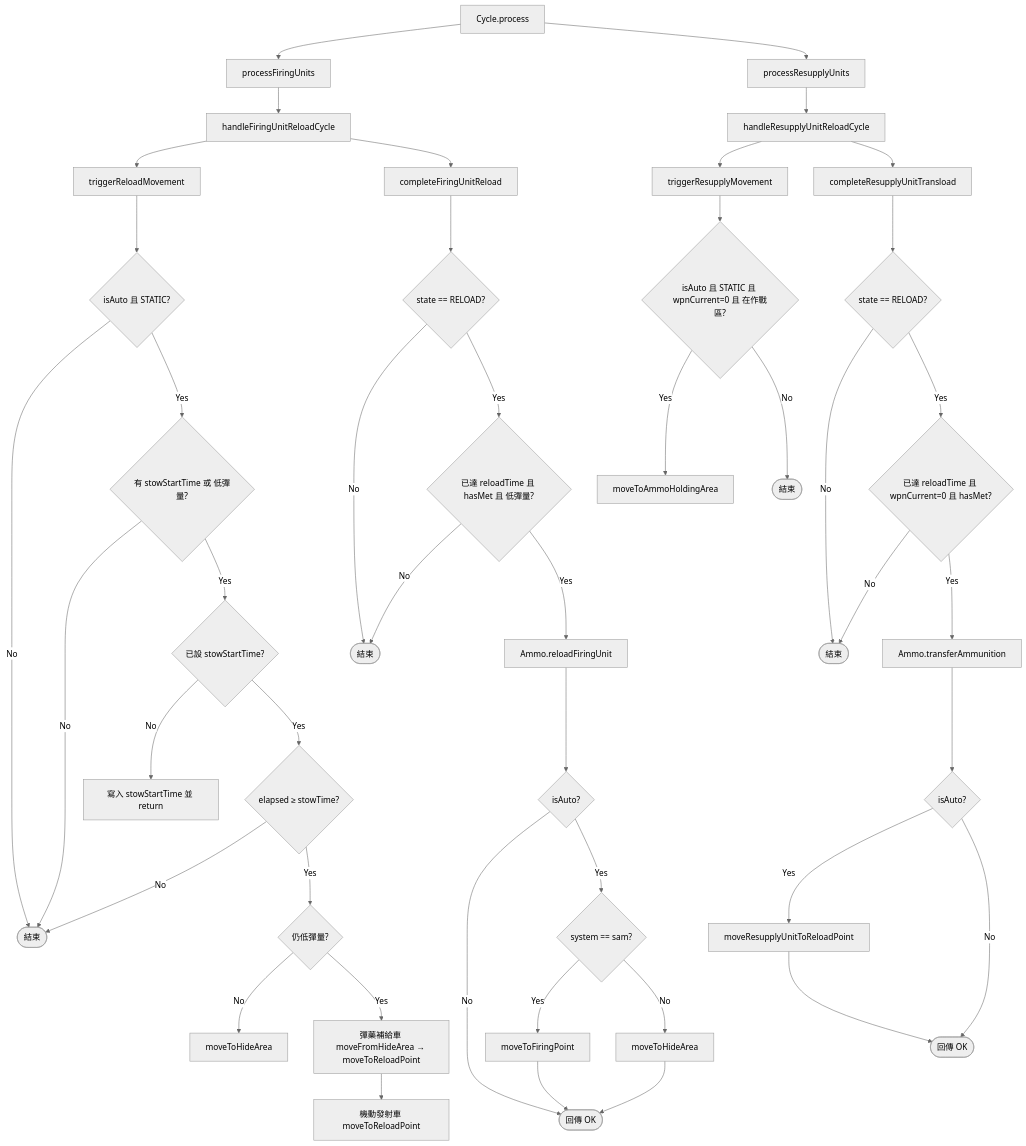
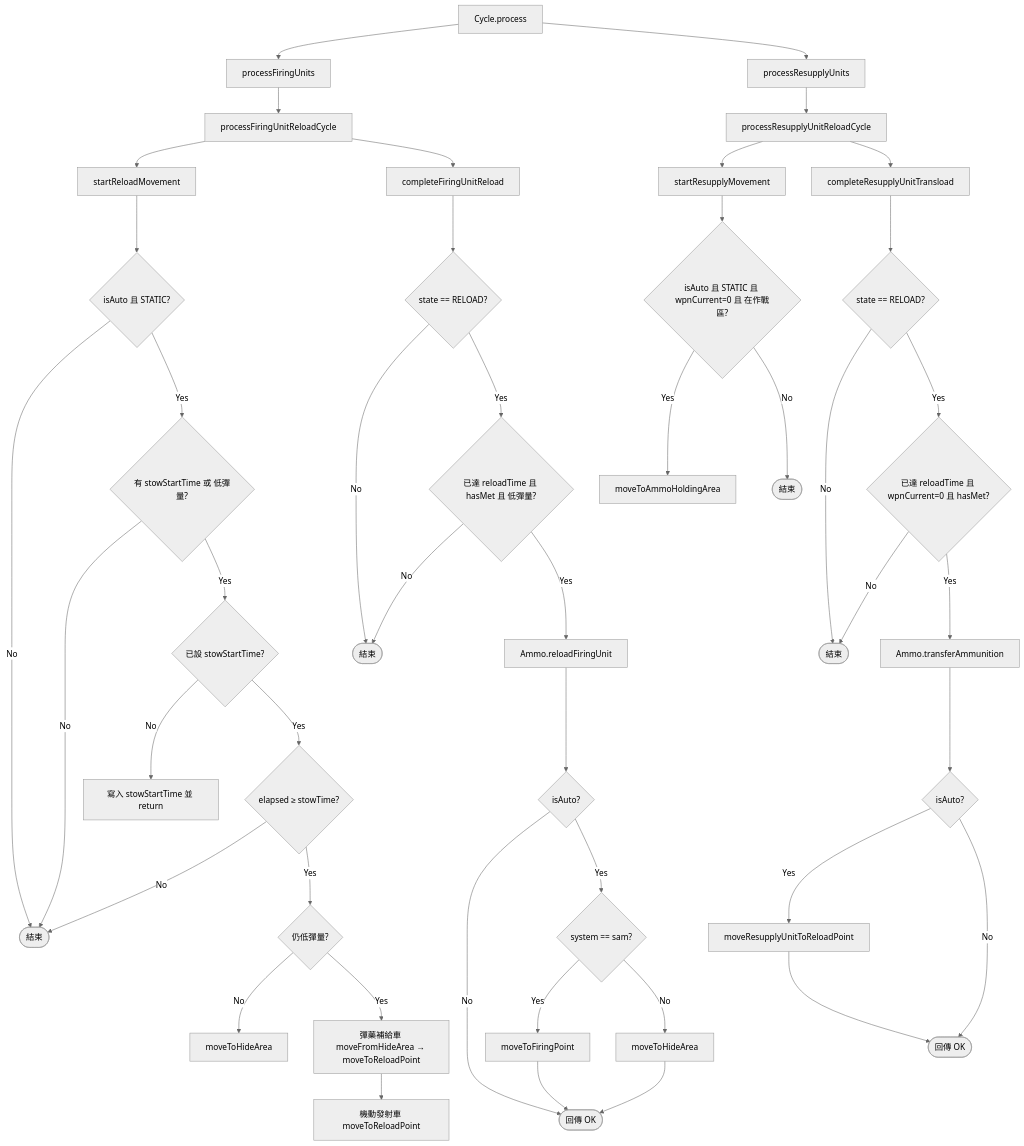
The diagram in docs/missileSystem/cycle.md (pullupjumper/formosa-in-flames), drawn with Mermaid (neutral theme) before and after one commit. The commit also changed other lines of this file and 93 other files, not shown here.

````diff
--- a/docs/missileSystem/cycle.md
+++ b/docs/missileSystem/cycle.md
@@ -68,53 +68,53 @@
 ```mermaid
 flowchart TD
     A[Cycle.process] --> B[processFiringUnits]
     A --> C[processResupplyUnits]
 
-    B --> B1[handleFiringUnitReloadCycle]
-    B1 --> T[triggerReloadMovement]
+    B --> B1[processFiringUnitReloadCycle]
+    B1 --> T[startReloadMovement]
     B1 --> F[completeFiringUnitReload]
 
     T --> T1{isAuto 且 STATIC?}
     T1 -->|No| Tend([結束])
     T1 -->|Yes| T2{有 stowStartTime 或 低彈量?}
     T2 -->|No| Tend
     T2 -->|Yes| T3{已設 stowStartTime?}
     T3 -->|No| T4[寫入 stowStartTime 並 return]
     T3 -->|Yes| T5{elapsed ≥ stowTime?}
     T5 -->|No| Tend
     T5 -->|Yes| T6{仍低彈量?}
     T6 -->|No| T7[moveToHideArea]
     T6 -->|Yes| T8[彈藥補給車 moveFromHideArea → moveToReloadPoint]
     T8 --> T9[機動發射車 moveToReloadPoint]
 
     F --> F1{state == RELOAD?}
     F1 -->|No| Fend([結束])
     F1 -->|Yes| F2{已達 reloadTime 且 hasMet 且 低彈量?}
     F2 -->|No| Fend
     F2 -->|Yes| F3[Ammo.reloadFiringUnit]
     F3 --> F4{isAuto?}
     F4 -->|No| Fok([回傳 OK])
     F4 -->|Yes| F5{system == sam?}
     F5 -->|Yes| F6[moveToFiringPoint]
     F5 -->|No| F7[moveToHideArea]
     F6 --> Fok
     F7 --> Fok
 
-    C --> C1[handleResupplyUnitReloadCycle]
-    C1 --> R[triggerResupplyMovement]
+    C --> C1[processResupplyUnitReloadCycle]
+    C1 --> R[startResupplyMovement]
     C1 --> S[completeResupplyUnitTransload]
 
     R --> R1{isAuto 且 STATIC 且 wpnCurrent=0 且 在作戰區?}
     R1 -->|Yes| R2[moveToAmmoHoldingArea]
     R1 -->|No| Rend([結束])
 
     S --> S1{state == RELOAD?}
     S1 -->|No| Send([結束])
     S1 -->|Yes| S2{已達 reloadTime 且 wpnCurrent=0 且 hasMet?}
     S2 -->|No| Send
     S2 -->|Yes| S3[Ammo.transferAmmunition]
     S3 --> S4{isAuto?}
     S4 -->|Yes| S5[moveResupplyUnitToReloadPoint]
     S4 -->|No| Sok([回傳 OK])
     S5 --> Sok
 ```
````
